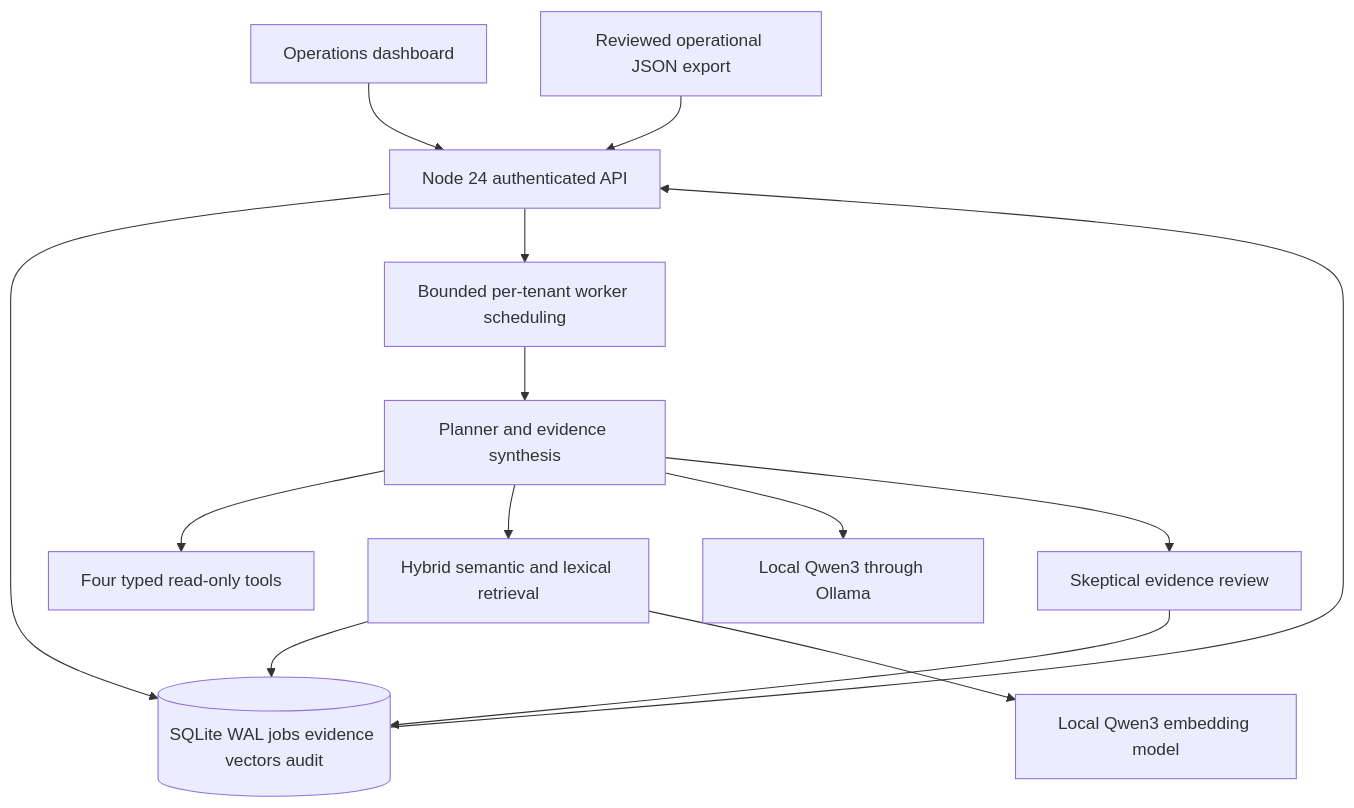
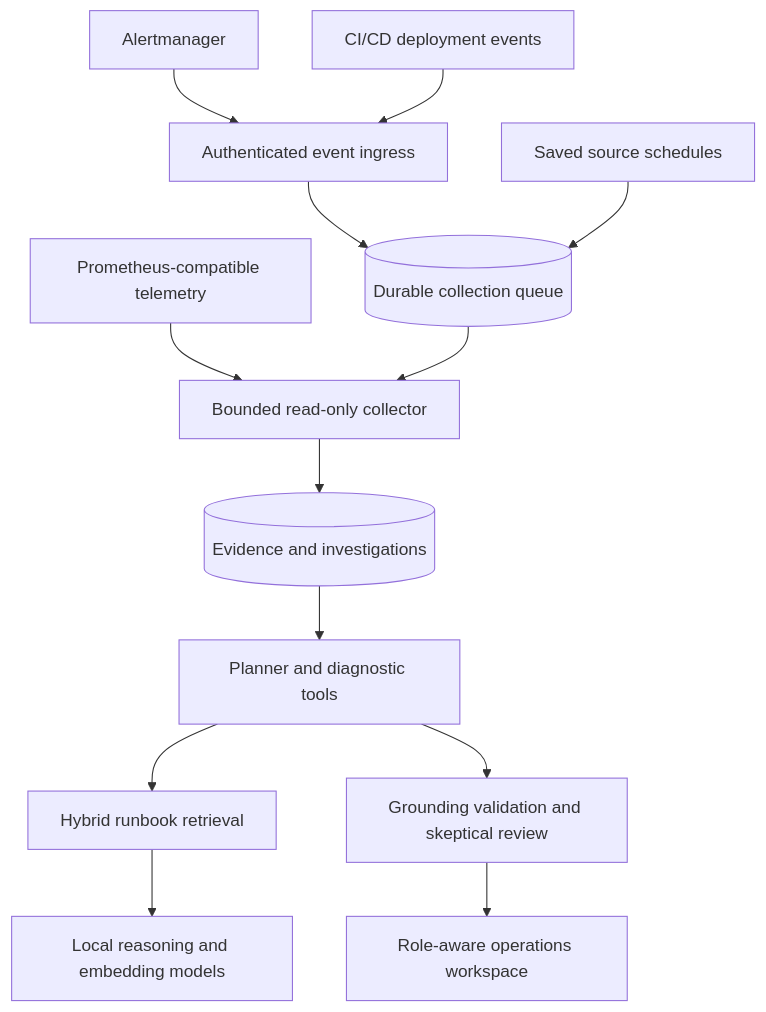
The first of 6 diagrams in README.md (anil7000/changeguard), drawn with Mermaid before and after one commit. The commit also changed other lines of this file and 39 other files, not shown here.

Commit message:
feat: add autonomous evidence collection and environment integrations

````diff
--- a/README.md
+++ b/README.md
@@ -46,16 +41,15 @@
 ```mermaid
 flowchart TB
-  Browser[Operations dashboard] --> API[Node 24 authenticated API]
-  Export[Reviewed operational JSON export] --> API
-  API --> DB[(SQLite WAL jobs evidence vectors audit)]
-  API --> Worker[Bounded per-tenant worker scheduling]
-  Worker --> Agent[Planner and evidence synthesis]
-  Agent --> Tools[Four typed read-only tools]
-  Agent --> RAG[Hybrid semantic and lexical retrieval]
-  RAG --> DB
-  Agent --> LLM[Local Qwen3 through Ollama]
-  RAG --> Embeddings[Local Qwen3 embedding model]
-  Agent --> Review[Skeptical evidence review]
-  Review --> DB
-  DB --> API
+  Sources[Prometheus-compatible telemetry] --> Collector[Bounded read-only collector]
+  Alerts[Alertmanager] --> Ingress[Authenticated event ingress]
+  Delivery[CI/CD deployment events] --> Ingress
+  Ingress --> Queue[(Durable collection queue)]
+  Schedule[Saved source schedules] --> Queue
+  Queue --> Collector
+  Collector --> Evidence[(Evidence and investigations)]
+  Evidence --> Agent[Planner and diagnostic tools]
+  Agent --> RAG[Hybrid runbook retrieval]
+  RAG --> Model[Local reasoning and embedding models]
+  Agent --> Review[Grounding validation and skeptical review]
+  Review --> Workspace[Role-aware operations workspace]
 ```
````
